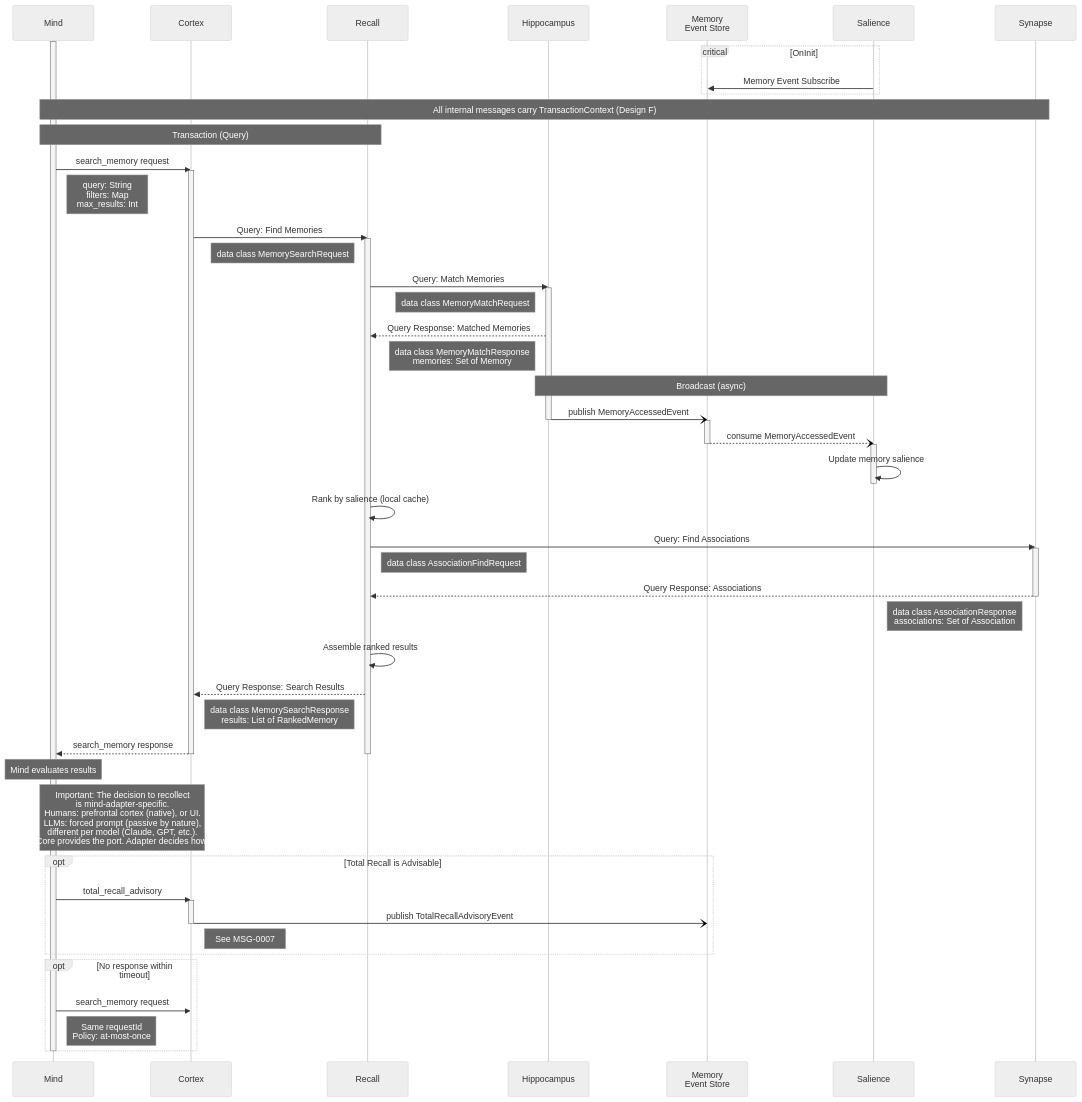
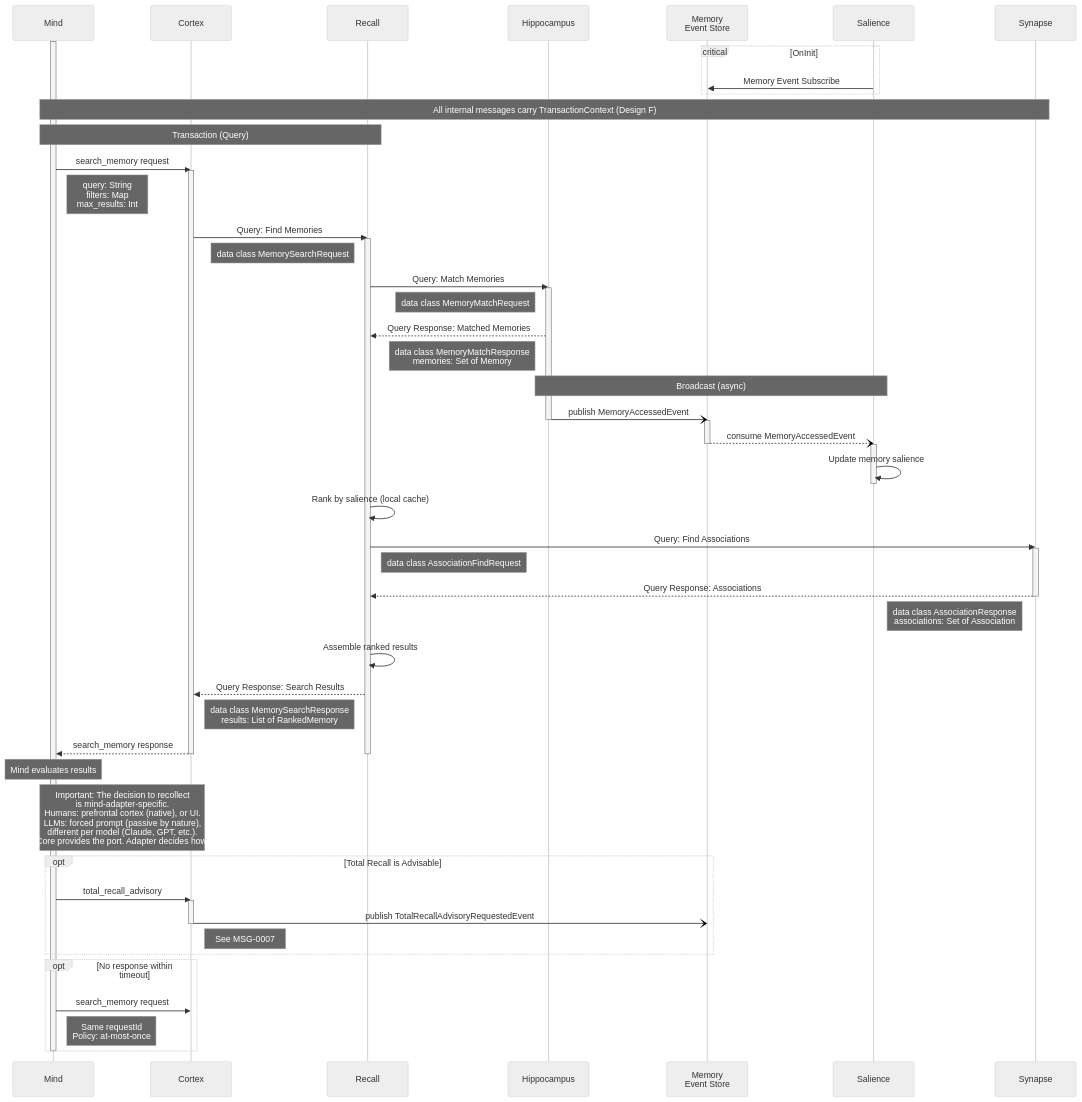
One commit to Mimis-Gildi/mcp-total-recall changed the diagram in site/_includes/diagrams/msg-0002-search-memory.mmd. Above: the diagram before and after it, drawn with Mermaid (neutral theme). The commit also changed 109 other files, not shown here.

```diff
--- a/site/_includes/diagrams/msg-0002-search-memory.mmd
+++ b/site/_includes/diagrams/msg-0002-search-memory.mmd
@@ -1,79 +1,79 @@
 sequenceDiagram
     participant M as Mind
     participant CX as Cortex
     participant RC as Recall
     participant HP as Hippocampus
     participant MES as Memory<br/> Event Store
     participant SL as Salience
     participant SY as Synapse
 
     activate M
 
     critical OnInit
         SL ->> MES: Memory Event Subscribe
     end
 
     Note over M,SY: All internal messages carry TransactionContext (Design F)
 
     Note over M,RC: Transaction (Query)
     M->>CX: search_memory request
     activate CX
     Note right of M: query: String<br/>filters: Map<br/>max_results: Int
 
     CX->>RC: Query: Find Memories
     activate RC
     Note left of RC: data class MemorySearchRequest
 
     RC->>HP: Query: Match Memories
     activate HP
     Note left of HP: data class MemoryMatchRequest
 
     HP-->>RC: Query Response: Matched Memories
     Note left of HP: data class MemoryMatchResponse<br/>memories: Set of Memory
 
     Note over HP,SL: Broadcast (async)
     HP-)MES: publish MemoryAccessedEvent
     deactivate HP
     activate MES
     MES--)SL: consume MemoryAccessedEvent
     deactivate MES
     activate SL
     SL->>SL: Update memory salience
     deactivate SL
 
     RC->>RC: Rank by salience (local cache)
 
     RC->>SY: Query: Find Associations
     activate SY
     Note right of RC: data class AssociationFindRequest
 
     SY-->>RC: Query Response: Associations
     deactivate SY
     Note left of SY: data class AssociationResponse<br/>associations: Set of Association
 
     RC->>RC: Assemble ranked results
 
     RC-->>CX: Query Response: Search Results
     Note left of RC: data class MemorySearchResponse<br/>results: List of RankedMemory
 
     CX-->>M: search_memory response
     deactivate CX
     deactivate RC
 
     Note over M: Mind evaluates results
     Note over M,CX: Important: The decision to recollect<br/>is mind-adapter-specific.<br/>Humans: prefrontal cortex (native), or UI.<br/>LLMs: forced prompt (passive by nature),<br/>different per model (Claude, GPT, etc.).<br/>Core provides the port. Adapter decides how.
 
     opt Total Recall is Advisable
         M->>CX: total_recall_advisory
         activate CX
-        CX-)MES: publish TotalRecallAdvisoryEvent
+        CX-)MES: publish TotalRecallAdvisoryRequestedEvent
         deactivate CX
         Note right of CX: See MSG-0007
     end
 
     opt No response within timeout
         M->>CX: search_memory request
         Note right of M: Same requestId<br/>Policy: at-most-once
     end
 
     deactivate M
```
